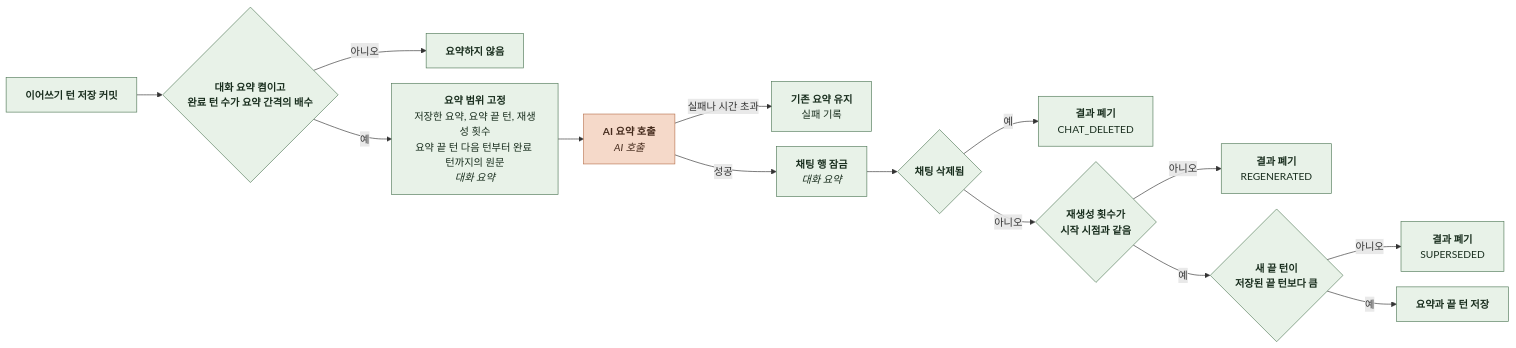
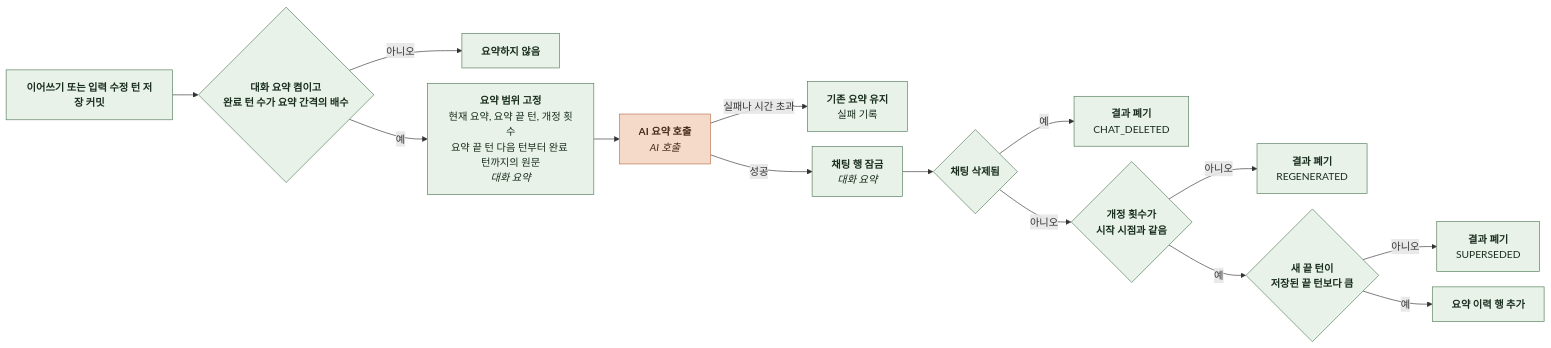
One commit to KIM-N-KANG/knk-harness changed diagram 16 of 19 in docs/domain/CHAT/BACKEND/4-1-PIPELINES.md. Above: the diagram before and after it, drawn with Mermaid. The commit also changed other lines of this file and 21 other files, not shown here.

````diff
--- a/docs/domain/CHAT/BACKEND/4-1-PIPELINES.md
+++ b/docs/domain/CHAT/BACKEND/4-1-PIPELINES.md
@@ -705,33 +704,33 @@
 ```mermaid
 %%{init: {"flowchart": {"curve": "basis", "nodeSpacing": 24, "rankSpacing": 40}}}%%
 flowchart LR
-    A["`**이어쓰기 턴 저장 커밋**`"] --> B{"`**대화 요약 켬이고
+    A["`**이어쓰기 또는 입력 수정 턴 저장 커밋**`"] --> B{"`**대화 요약 켬이고
 완료 턴 수가 요약 간격의 배수**`"}
     B -->|아니오| Z["`**요약하지 않음**`"]
     B -->|예| C["`**요약 범위 고정**
-저장한 요약, 요약 끝 턴, 재생성 횟수
+현재 요약, 요약 끝 턴, 개정 횟수
 요약 끝 턴 다음 턴부터 완료 턴까지의 원문
 *대화 요약*`"]
     C --> D["`**AI 요약 호출**
 *AI 호출*`"]
     D -->|실패나 시간 초과| F["`**기존 요약 유지**
 실패 기록`"]
     D -->|성공| E["`**채팅 행 잠금**
 *대화 요약*`"]
     E --> DL{"`**채팅 삭제됨**`"}
     DL -->|예| XD["`**결과 폐기**
 CHAT_DELETED`"]
-    DL -->|아니오| R{"`**재생성 횟수가
+    DL -->|아니오| R{"`**개정 횟수가
 시작 시점과 같음**`"}
     R -->|아니오| X["`**결과 폐기**
 REGENERATED`"]
     R -->|예| M{"`**새 끝 턴이
 저장된 끝 턴보다 큼**`"}
     M -->|아니오| Y["`**결과 폐기**
 SUPERSEDED`"]
-    M -->|예| S["`**요약과 끝 턴 저장**`"]
+    M -->|예| S["`**요약 이력 행 추가**`"]
     classDef comp fill:#E8F2E8,stroke:#527A59,color:#182D1D
     classDef task fill:#F5D9C9,stroke:#B97450,color:#452B1D
     class A,B,Z,C,F,E,DL,XD,R,X,M,Y,S comp
     class D task
 ```
````
